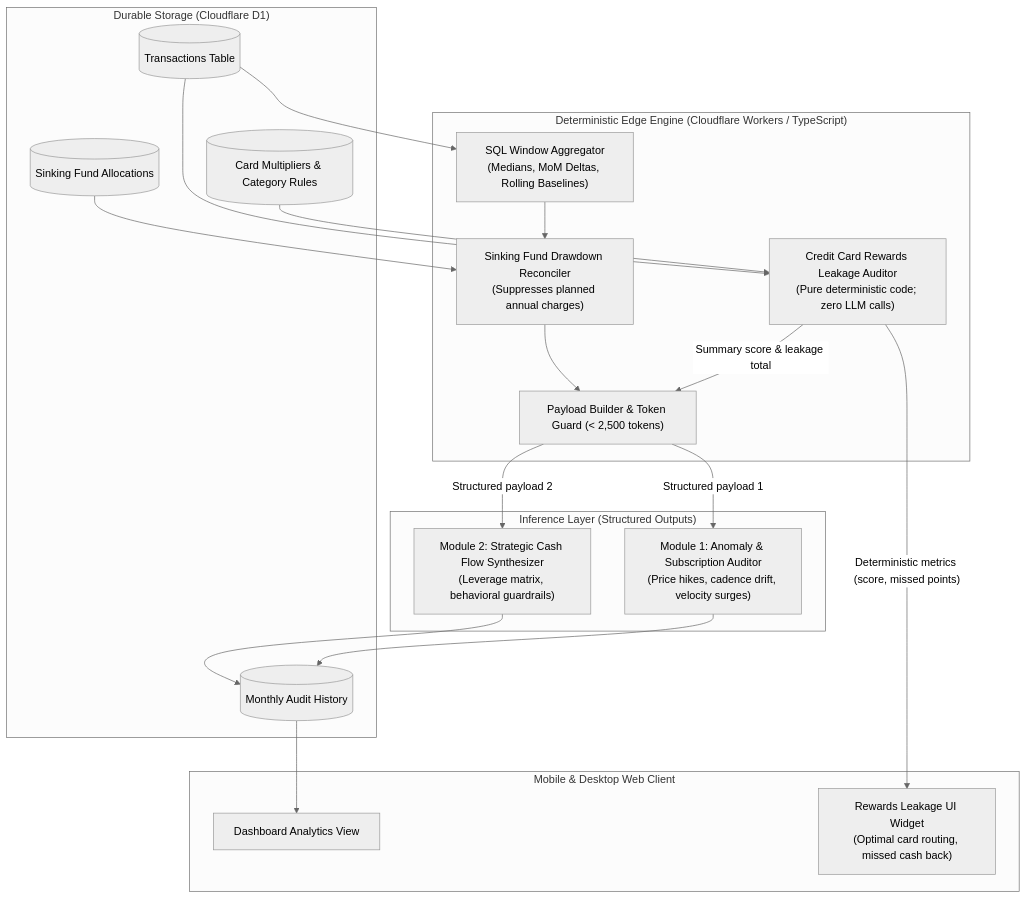
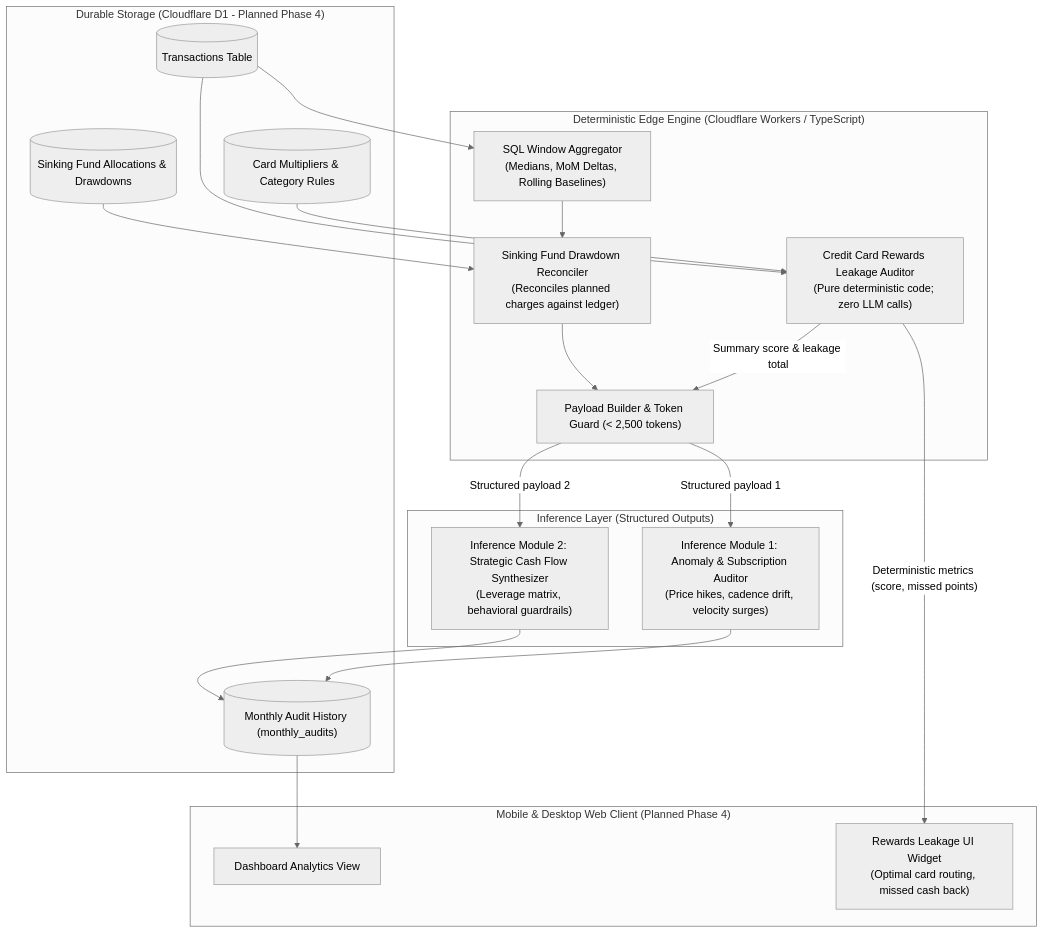
One commit to gordonpn/snaptally changed the diagram in docs/analytics.md. Above: the diagram before and after it, drawn with Mermaid (neutral theme). The commit also changed other lines of this file, not shown here.

Commit message:
docs: address review feedback on strict schemas, rewards math, and planned contracts

````diff
--- a/docs/analytics.md
+++ b/docs/analytics.md
@@ -21,43 +23,43 @@
 ```mermaid
 flowchart TD
-    subgraph StorageLayer["Durable Storage (Cloudflare D1)"]
+    subgraph StorageLayer["Durable Storage (Cloudflare D1 - Planned Phase 4)"]
         RawTx[("Transactions Table")]
         Rules[("Card Multipliers & Category Rules")]
-        SinkingLedger[("Sinking Fund Allocations")]
-        AuditStore[("Monthly Audit History")]
+        SinkingLedger[("Sinking Fund Allocations & Drawdowns")]
+        AuditStore[("Monthly Audit History (monthly_audits)")]
     end
 
     subgraph DeterministicEngine["Deterministic Edge Engine (Cloudflare Workers / TypeScript)"]
         Aggregator["SQL Window Aggregator\n(Medians, MoM Deltas, Rolling Baselines)"]
-        SinkingReconciler["Sinking Fund Drawdown Reconciler\n(Suppresses planned annual charges)"]
+        SinkingReconciler["Sinking Fund Drawdown Reconciler\n(Reconciles planned charges against ledger)"]
         RewardsAuditor["Credit Card Rewards Leakage Auditor\n(Pure deterministic code; zero LLM calls)"]
         PayloadBuilder["Payload Builder & Token Guard (< 2,500 tokens)"]
     end
 
-    subgraph UI["Mobile & Desktop Web Client"]
+    subgraph UI["Mobile & Desktop Web Client (Planned Phase 4)"]
         DashboardUI["Dashboard Analytics View"]
         RewardsCard["Rewards Leakage UI Widget\n(Optimal card routing, missed cash back)"]
     end
 
     subgraph LLMInference["Inference Layer (Structured Outputs)"]
-        Mod1["Module 1: Anomaly & Subscription Auditor\n(Price hikes, cadence drift, velocity surges)"]
-        Mod3["Module 2: Strategic Cash Flow Synthesizer\n(Leverage matrix, behavioral guardrails)"]
+        InferenceMod1["Inference Module 1: Anomaly & Subscription Auditor\n(Price hikes, cadence drift, velocity surges)"]
+        InferenceMod2["Inference Module 2: Strategic Cash Flow Synthesizer\n(Leverage matrix, behavioral guardrails)"]
     end
 
     RawTx --> Aggregator
     Rules --> RewardsAuditor
     RawTx --> RewardsAuditor
     RewardsAuditor -->|"Deterministic metrics (score, missed points)"| RewardsCard
     RewardsAuditor -->|"Summary score & leakage total"| PayloadBuilder
 
     SinkingLedger --> SinkingReconciler
     Aggregator --> SinkingReconciler
     SinkingReconciler --> PayloadBuilder
 
-    PayloadBuilder -->|"Structured payload 1"| Mod1
-    PayloadBuilder -->|"Structured payload 2"| Mod3
+    PayloadBuilder -->|"Structured payload 1"| InferenceMod1
+    PayloadBuilder -->|"Structured payload 2"| InferenceMod2
 
-    Mod1 --> AuditStore
-    Mod3 --> AuditStore
+    InferenceMod1 --> AuditStore
+    InferenceMod2 --> AuditStore
     AuditStore --> DashboardUI
 ```
````
